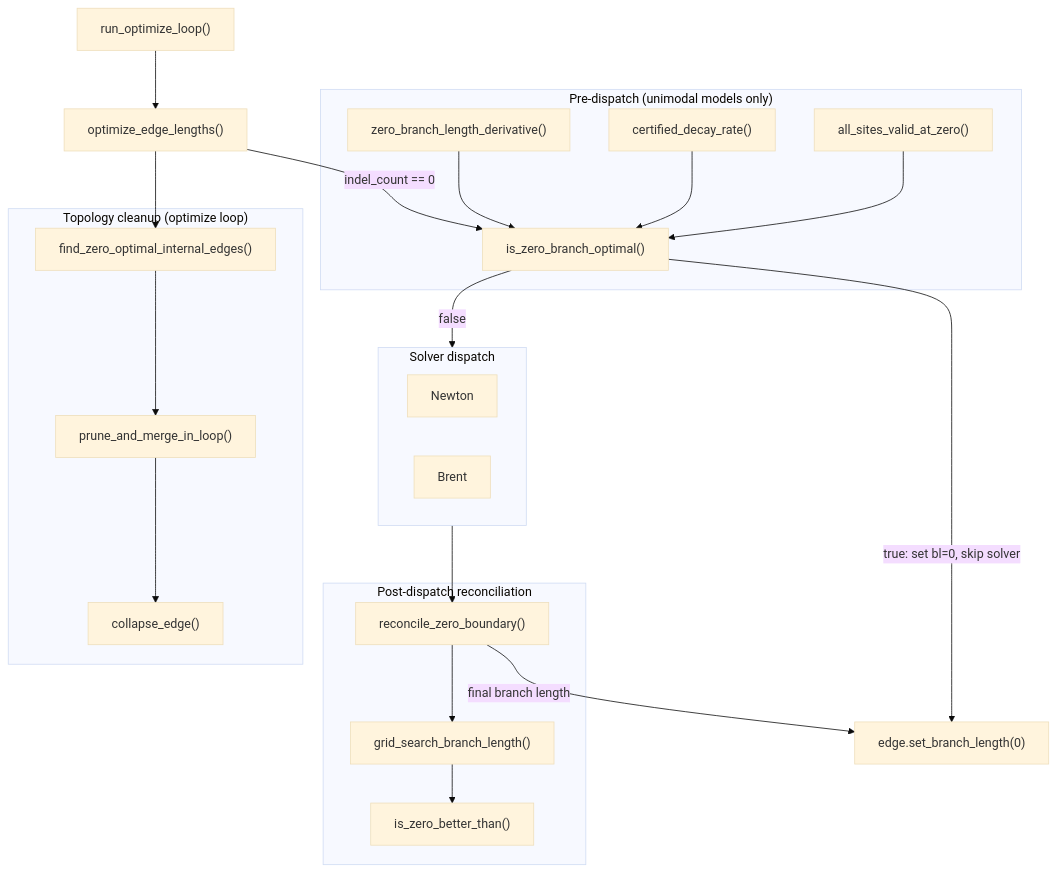
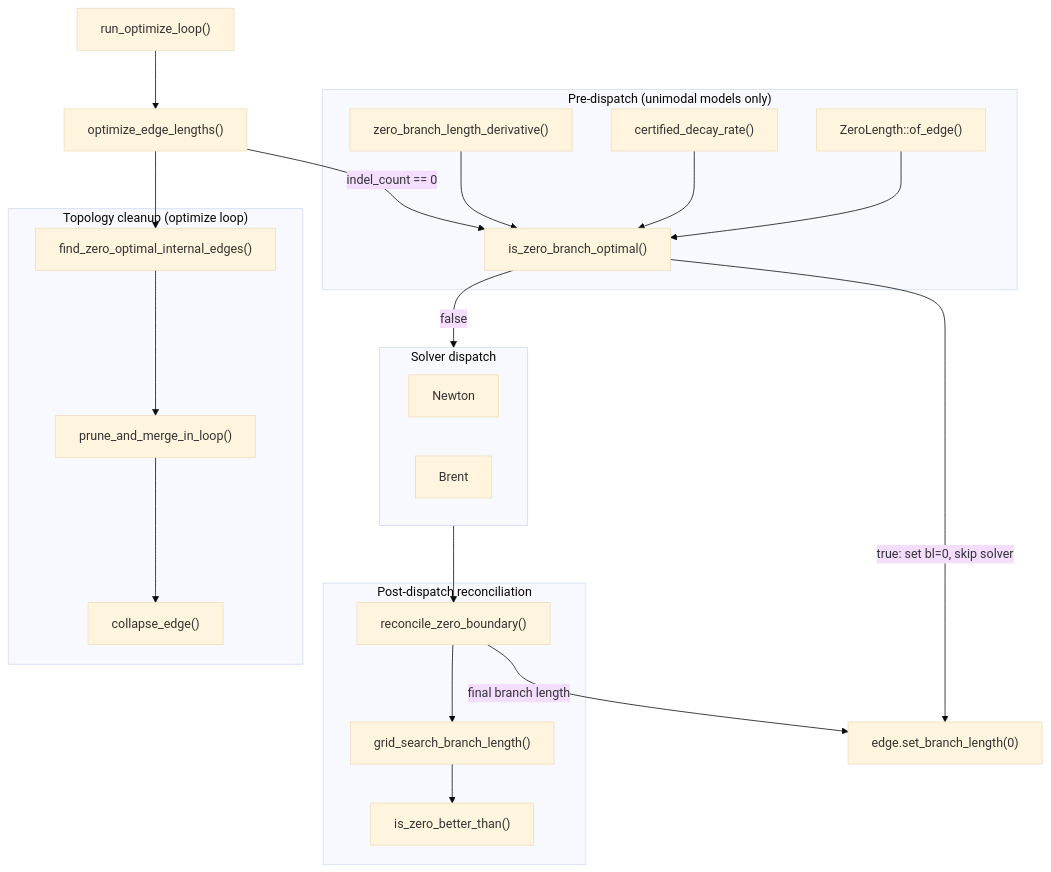
One commit to neherlab/treetime changed the diagram in kb/reports/zero-branch-length-optimization.md. Above: the diagram before and after it, drawn with Mermaid (base theme). The commit also changed other lines of this file and 11 other files, not shown here.

````diff
--- a/kb/reports/zero-branch-length-optimization.md
+++ b/kb/reports/zero-branch-length-optimization.md
@@ -68,44 +67,44 @@
 ```mermaid
 graph TD
     subgraph pre ["Pre-dispatch (unimodal models only)"]
-        valid["all_sites_valid_at_zero()"]
+        valid["ZeroLength::of_edge()"]
         unimodal["certified_decay_rate()"]
         deriv["zero_branch_length_derivative()"]
         is_zero["is_zero_branch_optimal()"]
         valid --> is_zero
         unimodal --> is_zero
         deriv --> is_zero
     end
 
     subgraph solver ["Solver dispatch"]
         newton["Newton"]
         brent["Brent"]
     end
 
     subgraph post ["Post-dispatch reconciliation"]
         reconcile["reconcile_zero_boundary()"]
         grid["grid_search_branch_length()"]
         zero_better["is_zero_better_than()"]
         reconcile --> grid
         grid --> zero_better
     end
 
     subgraph collapse ["Topology cleanup (optimize loop)"]
         find["find_zero_optimal_internal_edges()"]
         prune["prune_and_merge_in_loop()"]
         coll["collapse_edge()"]
         find --> prune
         prune --> coll
     end
 
     run["optimize_edge_lengths()"]
     run -->|"indel_count == 0"| is_zero
     is_zero -->|"true: set bl=0, skip solver"| done["edge.set_branch_length(0)"]
     is_zero -->|"false"| solver
     solver --> reconcile
     reconcile -->|"final branch length"| done
 
     loop["run_optimize_loop()"]
     loop --> run
     run --> find
 ```
````
